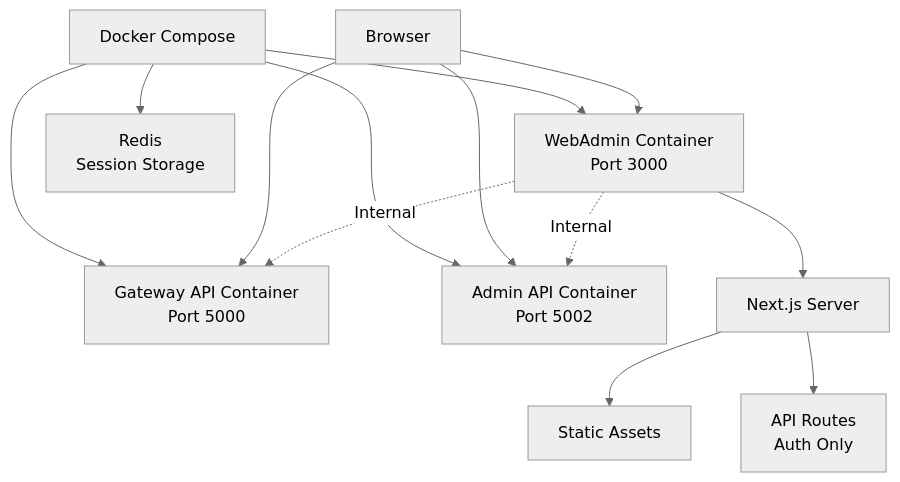
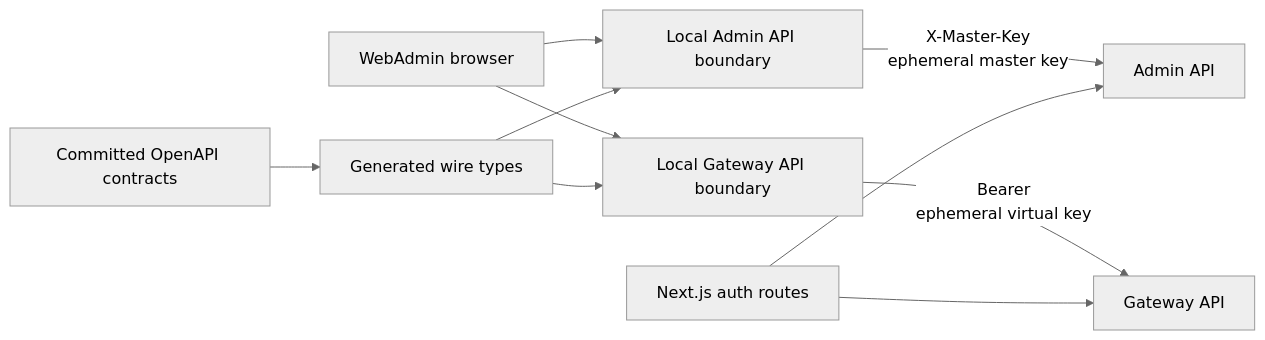
One commit to knnlabs/Conduit changed the diagram in WebAdmin/docs/ARCHITECTURE.md. Above: the diagram before and after it, drawn with Mermaid (neutral theme). The commit also changed other lines of this file and 246 other files, not shown here.

````diff
--- a/WebAdmin/docs/ARCHITECTURE.md
+++ b/WebAdmin/docs/ARCHITECTURE.md
@@ -160,18 +8,12 @@
 ```mermaid
-graph TB
-    A[Docker Compose] --> B[WebAdmin Container<br/>Port 3000]
-    A --> C[Gateway API Container<br/>Port 5000]
-    A --> D[Admin API Container<br/>Port 5002]
-    A --> E[Redis<br/>Session Storage]
-    
-    B --> F[Next.js Server]
-    F --> G[Static Assets]
-    F --> H[API Routes<br/>Auth Only]
-    
-    I[Browser] --> B
-    I --> C
-    I --> D
-    
-    B -.->|Internal| C
-    B -.->|Internal| D
+flowchart LR
+    Browser[WebAdmin browser] --> AdminClient[Local Admin API boundary]
+    Browser --> GatewayClient[Local Gateway API boundary]
+    AdminClient -->|X-Master-Key\nephemeral master key| Admin[Admin API]
+    GatewayClient -->|Bearer\nephemeral virtual key| Gateway[Gateway API]
+    WebAdminServer[Next.js auth routes] --> Admin
+    WebAdminServer --> Gateway
+    Contract[Committed OpenAPI contracts] --> Generated[Generated wire types]
+    Generated --> AdminClient
+    Generated --> GatewayClient
 ```
````
